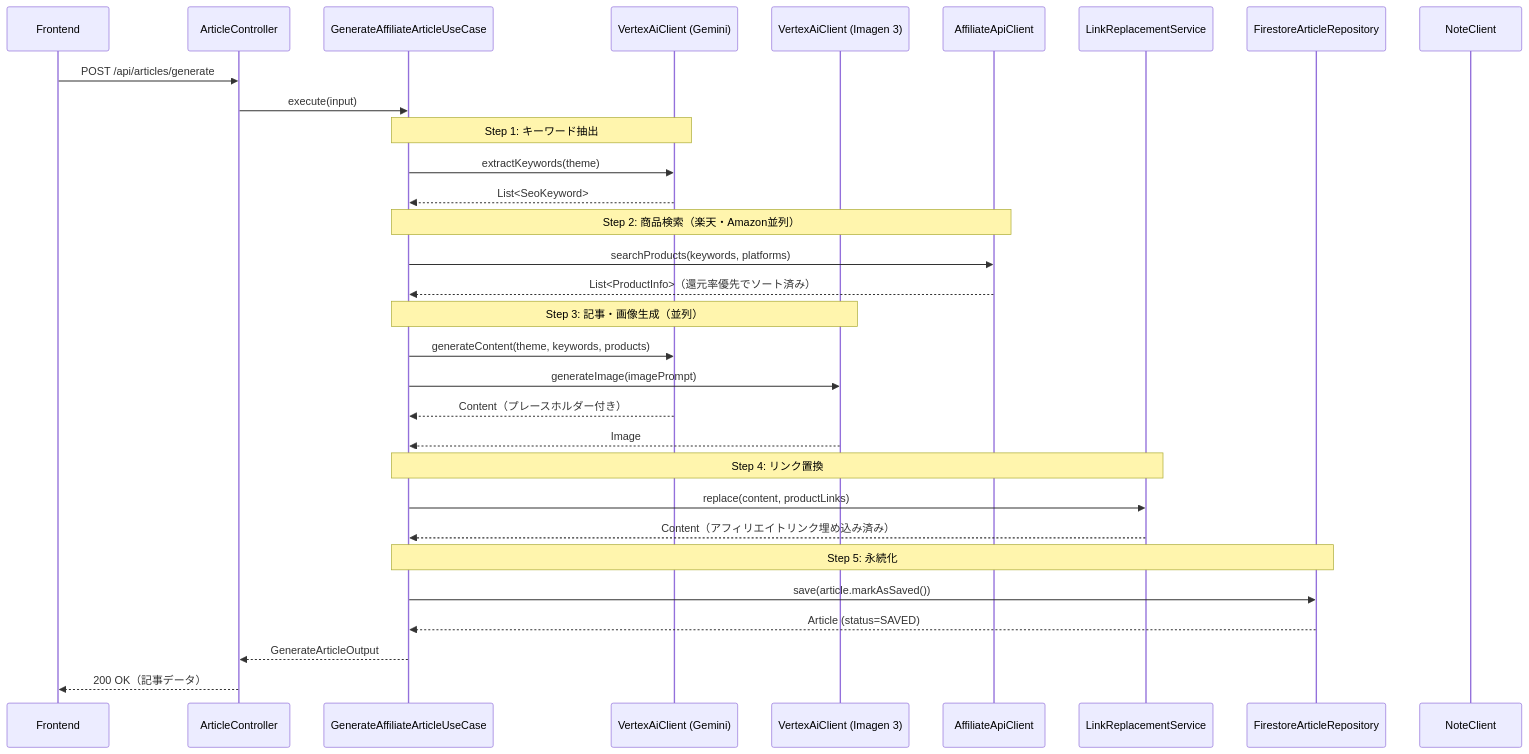
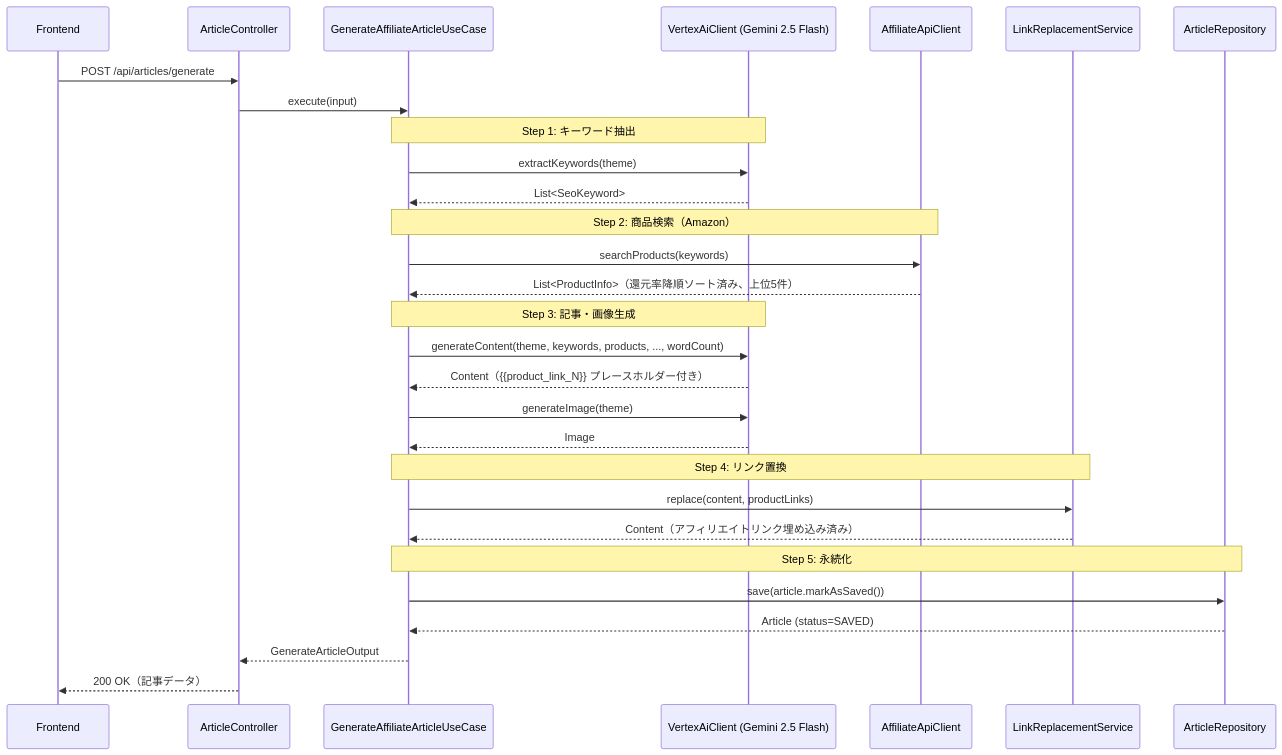
One commit to kounosukeshibata/note-auto-create-articles changed the third of 4 diagrams in docs/design.md. Above: the diagram before and after it, drawn with Mermaid. The commit also changed other lines of this file and 9 other files, not shown here.

````diff
--- a/docs/design.md
+++ b/docs/design.md
@@ -279,40 +274,38 @@
 ```mermaid
 sequenceDiagram
     participant FE as Frontend
     participant CTRL as ArticleController
     participant UC as GenerateAffiliateArticleUseCase
-    participant Gemini as VertexAiClient (Gemini)
-    participant Imagen as VertexAiClient (Imagen 3)
+    participant Gemini as VertexAiClient (Gemini 2.5 Flash)
     participant AFF as AffiliateApiClient
     participant LRS as LinkReplacementService
-    participant Repo as FirestoreArticleRepository
-    participant Note as NoteClient
+    participant Repo as ArticleRepository
 
     FE->>CTRL: POST /api/articles/generate
     CTRL->>UC: execute(input)
 
     Note over UC,Gemini: Step 1: キーワード抽出
     UC->>Gemini: extractKeywords(theme)
     Gemini-->>UC: List<SeoKeyword>
 
-    Note over UC,AFF: Step 2: 商品検索（楽天・Amazon並列）
-    UC->>AFF: searchProducts(keywords, platforms)
-    AFF-->>UC: List<ProductInfo>（還元率優先でソート済み）
+    Note over UC,AFF: Step 2: 商品検索（Amazon）
+    UC->>AFF: searchProducts(keywords)
+    AFF-->>UC: List<ProductInfo>（還元率降順ソート済み、上位5件）
 
-    Note over UC,Imagen: Step 3: 記事・画像生成（並列）
-    UC->>Gemini: generateContent(theme, keywords, products)
-    UC->>Imagen: generateImage(imagePrompt)
-    Gemini-->>UC: Content（プレースホルダー付き）
-    Imagen-->>UC: Image
+    Note over UC,Gemini: Step 3: 記事・画像生成
+    UC->>Gemini: generateContent(theme, keywords, products, ..., wordCount)
+    Gemini-->>UC: Content（{{product_link_N}} プレースホルダー付き）
+    UC->>Gemini: generateImage(theme)
+    Gemini-->>UC: Image
 
     Note over UC,LRS: Step 4: リンク置換
     UC->>LRS: replace(content, productLinks)
     LRS-->>UC: Content（アフィリエイトリンク埋め込み済み）
 
     Note over UC,Repo: Step 5: 永続化
     UC->>Repo: save(article.markAsSaved())
     Repo-->>UC: Article (status=SAVED)
 
     UC-->>CTRL: GenerateArticleOutput
     CTRL-->>FE: 200 OK（記事データ）
 ```
````
